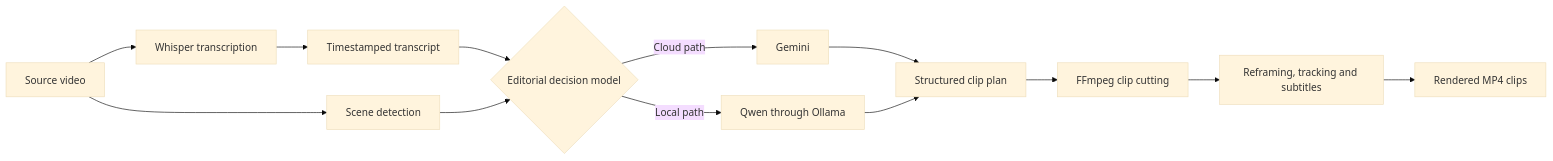
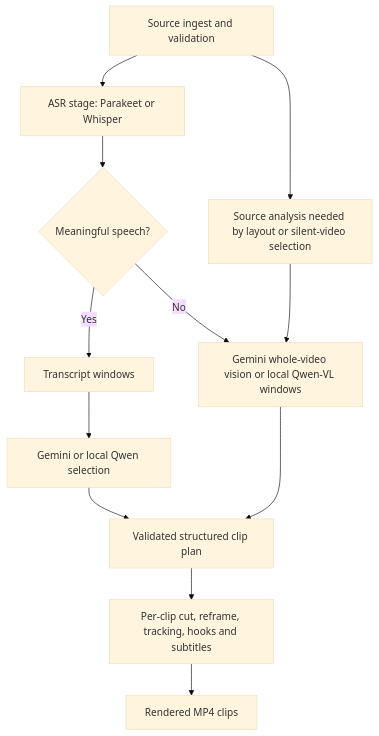
Before and after one commit to tusharrao198/MomentCut: the diagram in docs/architecture/pipeline-checkpointing-problem-statement.md, drawn with Mermaid (base theme). The commit also changed other lines of this file and 46 other files, not shown here.

````diff
--- a/docs/architecture/pipeline-checkpointing-problem-statement.md
+++ b/docs/architecture/pipeline-checkpointing-problem-statement.md
@@ -7,15 +7,14 @@
 ```mermaid
-flowchart LR
-    A[Source video] --> B[Whisper transcription]
-    B --> C[Timestamped transcript]
-    A --> D[Scene detection]
-    C --> E{Editorial decision model}
-    D --> E
-    E -->|Cloud path| F[Gemini]
-    E -->|Local path| G[Qwen through Ollama]
-    F --> H[Structured clip plan]
+flowchart TD
+    A[Source ingest and validation] --> B[ASR stage: Parakeet or Whisper]
+    A --> C[Source analysis needed by layout or silent-video selection]
+    B --> D{Meaningful speech?}
+    D -->|Yes| E[Transcript windows]
+    E --> F[Gemini or local Qwen selection]
+    D -->|No| G[Gemini whole-video vision or local Qwen-VL windows]
+    C --> G
+    F --> H[Validated structured clip plan]
     G --> H
-    H --> I[FFmpeg clip cutting]
-    I --> J[Reframing, tracking and subtitles]
-    J --> K[Rendered MP4 clips]
+    H --> I[Per-clip cut, reframe, tracking, hooks and subtitles]
+    I --> J[Rendered MP4 clips]
 ```
````
